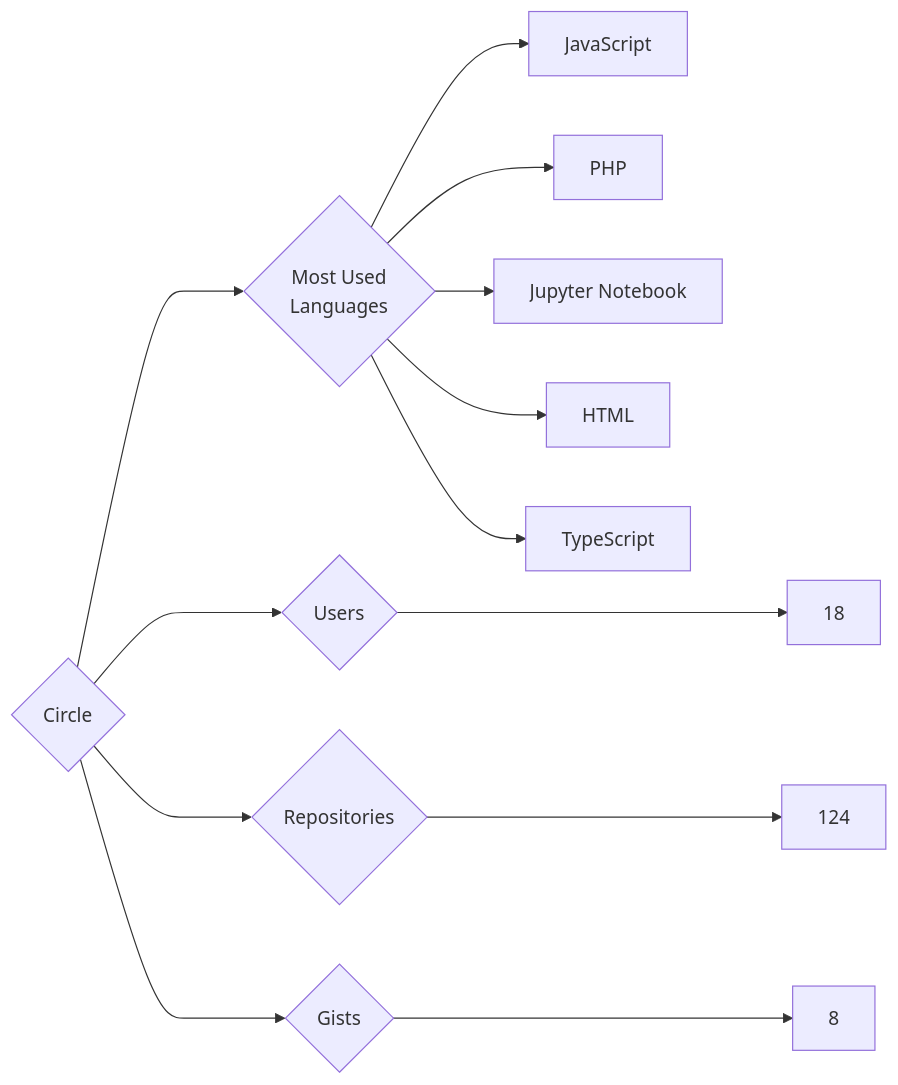
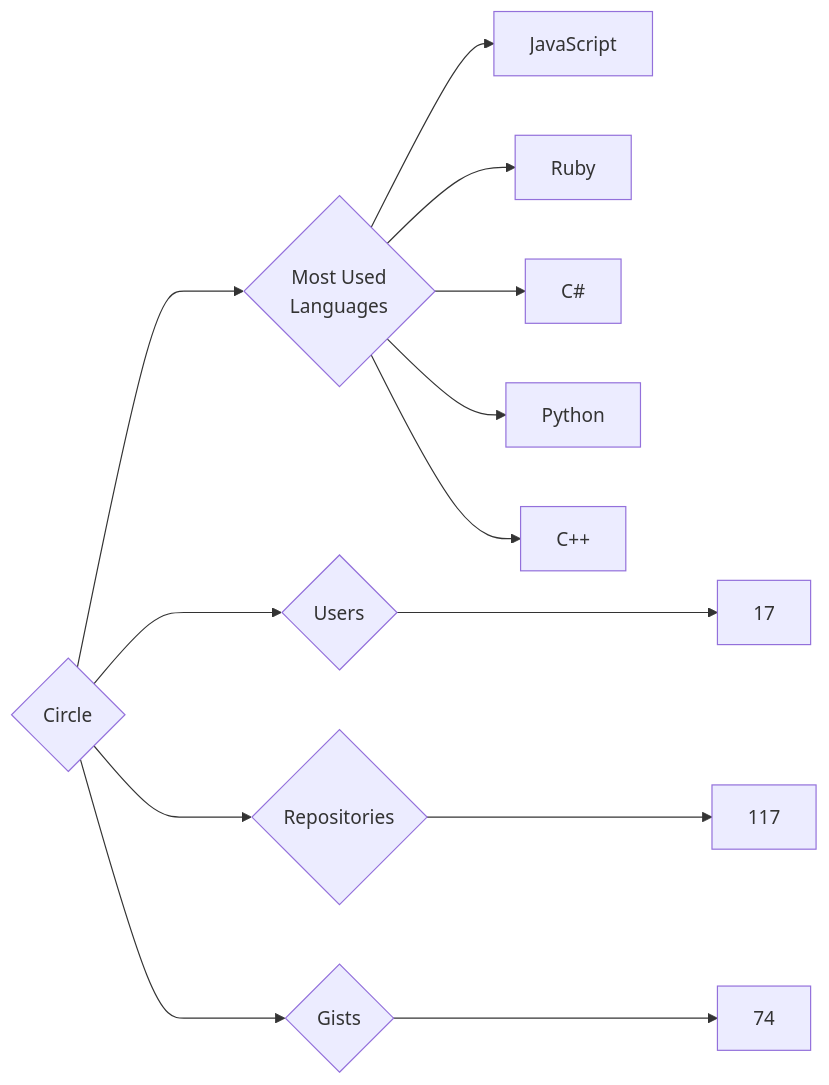
The diagram in targets/Circle/README.md (trickest/insiders), drawn with Mermaid before and after one commit. The commit also changed 639 other files, not shown here.

````diff
--- a/targets/Circle/README.md
+++ b/targets/Circle/README.md
@@ -3,13 +3,13 @@
 ```mermaid
 graph LR
 COMPANY_NAME{Circle}
-COMPANY_NAME ---> U{Users} ---> UN[18]
-COMPANY_NAME ---> R{Repositories} ---> RN[124]
-COMPANY_NAME ---> G{Gists} ---> GN[8]
+COMPANY_NAME ---> U{Users} ---> UN[17]
+COMPANY_NAME ---> R{Repositories} ---> RN[117]
+COMPANY_NAME ---> G{Gists} ---> GN[74]
 COMPANY_NAME ---> ML{Most Used<br>Languages}
 ML --> JavaScript[JavaScript]
-ML --> PHP[PHP]
-ML --> Jupyter_Notebook[Jupyter Notebook]
-ML --> HTML[HTML]
-ML --> TypeScript[TypeScript]
+ML --> Ruby[Ruby]
+ML --> C#[C#]
+ML --> Python[Python]
+ML --> C++[C++]
 ```
````
